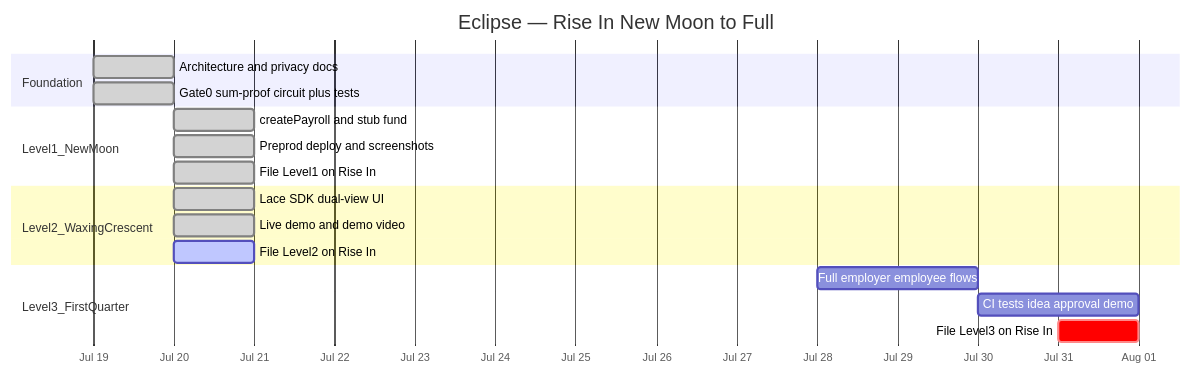
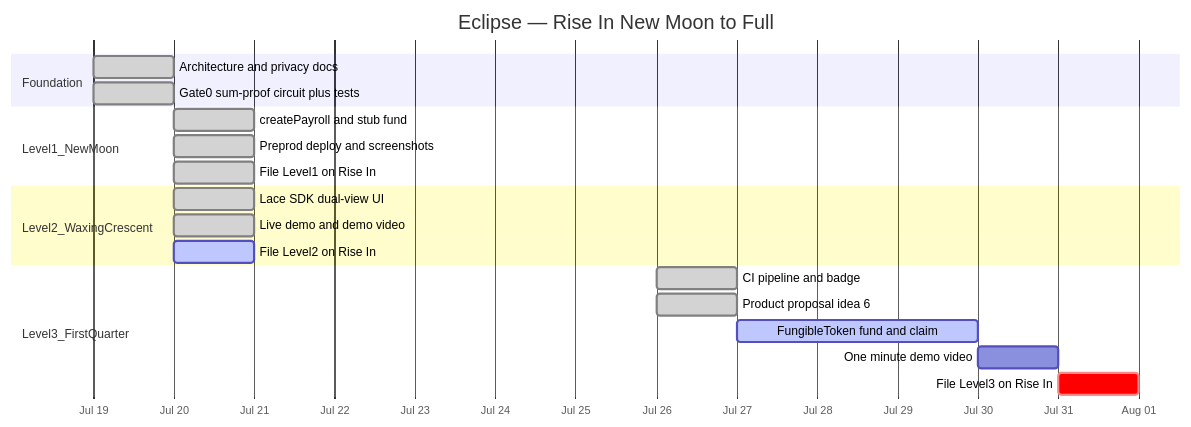
Before and after one commit to TadeyRuk/Eclipse: the diagram in README.md, drawn with Mermaid. The commit also changed other lines of this file, not shown here.

First line of the commit message:
docs: expand README privacy model for Level 3

````diff
--- a/README.md
+++ b/README.md
@@ -42,26 +47,28 @@
 ```mermaid
 gantt
     title Eclipse — Rise In New Moon to Full
     dateFormat YYYY-MM-DD
     axisFormat %b %d
     todayMarker off
 
     section Foundation
     Architecture and privacy docs     :done,    arch, 2026-07-19, 1d
     Gate0 sum-proof circuit plus tests :done,   g0,   2026-07-19, 1d
 
     section Level1_NewMoon
     createPayroll and stub fund       :done,    l1a, 2026-07-20, 1d
     Preprod deploy and screenshots    :done,    l1b, 2026-07-20, 1d
     File Level1 on Rise In            :done,    l1c, 2026-07-20, 1d
 
     section Level2_WaxingCrescent
     Lace SDK dual-view UI             :done,    l2a, 2026-07-20, 1d
     Live demo and demo video          :done,    l2b, 2026-07-20, 1d
     File Level2 on Rise In            :active,  l2c, 2026-07-20, 1d
 
     section Level3_FirstQuarter
-    Full employer employee flows      :         l3a, 2026-07-28, 2d
-    CI tests idea approval demo       :         l3b, after l3a, 2d
-    File Level3 on Rise In            :crit,    l3c, 2026-07-31, 1d
+    CI pipeline and badge             :done,    l3a, 2026-07-26, 1d
+    Product proposal idea 6           :done,    l3b, 2026-07-26, 1d
+    FungibleToken fund and claim      :active,  l3c, 2026-07-27, 3d
+    One minute demo video             :         l3d, 2026-07-30, 1d
+    File Level3 on Rise In            :crit,    l3e, 2026-07-31, 1d
 ```
````
